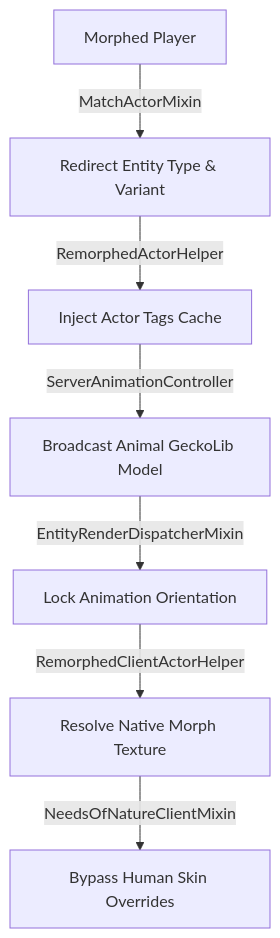
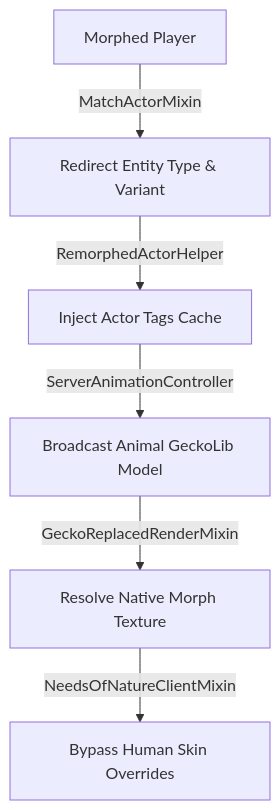
One commit to DeconstructedCube/non_identity2_bridge changed the diagram in README.md. Above: the diagram before and after it, drawn with Mermaid. The commit also changed other lines of this file and 2 other files, not shown here.

Commit message:
refactor: Remove obsolete EntityRenderDispatcherMixin (Identity2 camera decoupling workaround)

````diff
--- a/README.md
+++ b/README.md
@@ -28,9 +27,8 @@
 ```mermaid
 graph TD
     Player[Morphed Player] --> |MatchActorMixin| Type[Redirect Entity Type & Variant]
     Type --> |RemorphedActorHelper| Tags[Inject Actor Tags Cache]
     Tags --> |ServerAnimationController| Broadcast[Broadcast Animal GeckoLib Model]
-    Broadcast --> |EntityRenderDispatcherMixin| Orientation[Lock Animation Orientation]
-    Orientation --> |RemorphedClientActorHelper| Texture[Resolve Native Morph Texture]
+    Broadcast --> |GeckoReplacedRenderMixin| Texture[Resolve Native Morph Texture]
     Texture --> |NeedsOfNatureClientMixin| Render[Bypass Human Skin Overrides]
 ```
````
